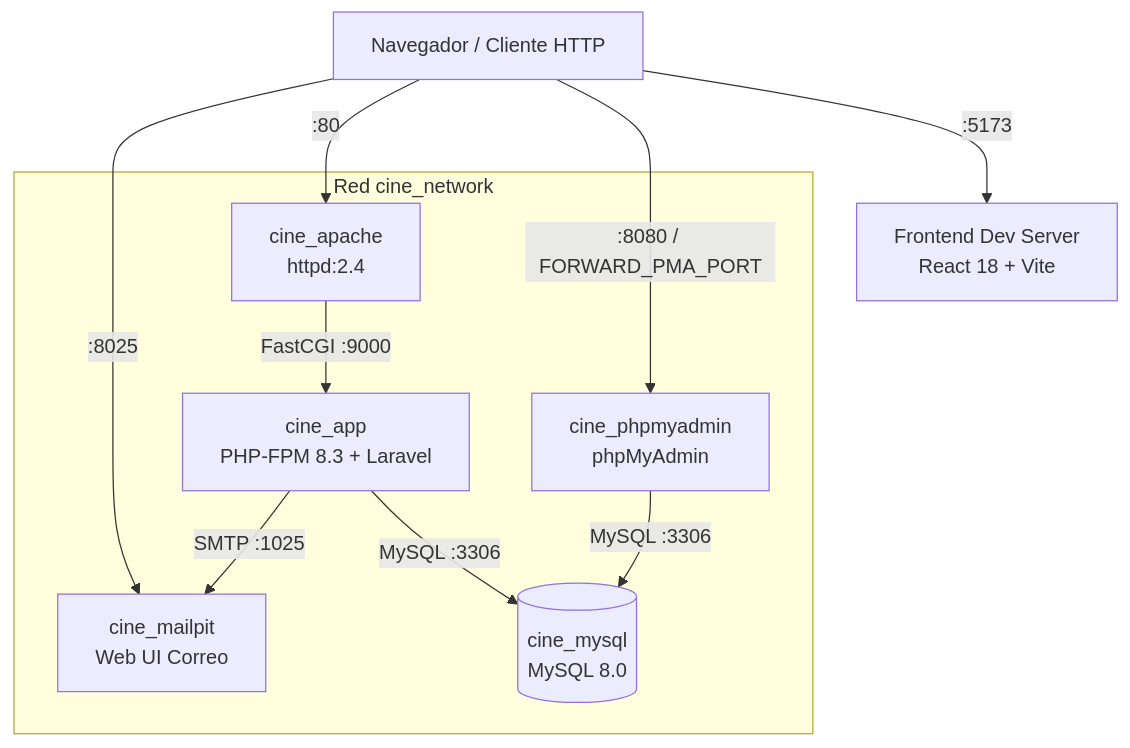
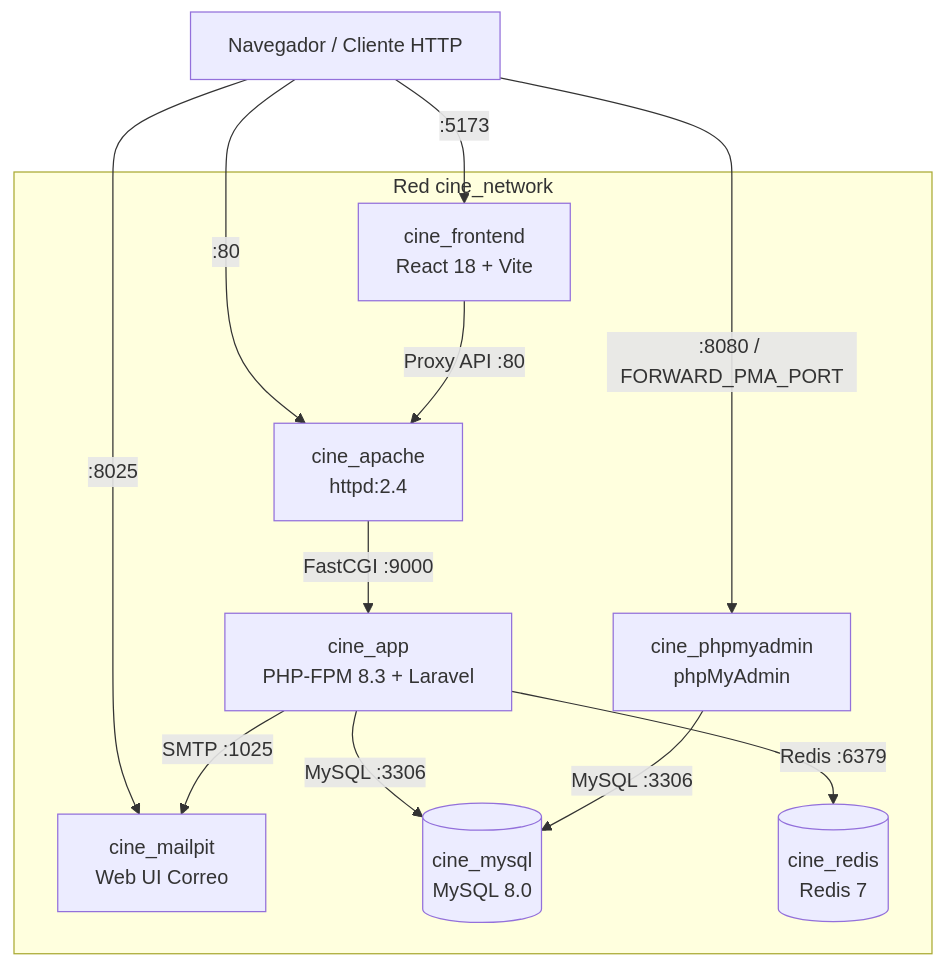
One commit to JosManMor/cine_web changed the first of 2 diagrams in docs/docker-entorno-desarrollo.md. Above: the diagram before and after it, drawn with Mermaid. The commit also changed other lines of this file and 1 other file, not shown here.

Commit message:
docs: update development docker documentation with redis and frontend services

````diff
--- a/docs/docker-entorno-desarrollo.md
+++ b/docs/docker-entorno-desarrollo.md
@@ -11,20 +11,24 @@
 ```mermaid
 graph TD
     Client[Navegador / Cliente HTTP] -->|:80| Apache[cine_apache<br/>httpd:2.4]
     Client -->|:8080 / FORWARD_PMA_PORT| PMA[cine_phpmyadmin<br/>phpMyAdmin]
     Client -->|:8025| Mailpit[cine_mailpit<br/>Web UI Correo]
-    Client -->|:5173| Vite[Frontend Dev Server<br/>React 18 + Vite]
+    Client -->|:5173| Frontend[cine_frontend<br/>React 18 + Vite]
 
+    Frontend -->|Proxy API :80| Apache
     Apache -->|FastCGI :9000| App[cine_app<br/>PHP-FPM 8.3 + Laravel]
     App -->|MySQL :3306| MySQL[(cine_mysql<br/>MySQL 8.0)]
+    App -->|Redis :6379| Redis[(cine_redis<br/>Redis 7)]
     PMA -->|MySQL :3306| MySQL
     App -->|SMTP :1025| Mailpit
 
     subgraph Red cine_network
         Apache
         App
         MySQL
+        Redis
         PMA
         Mailpit
+        Frontend
     end
 ```
````
